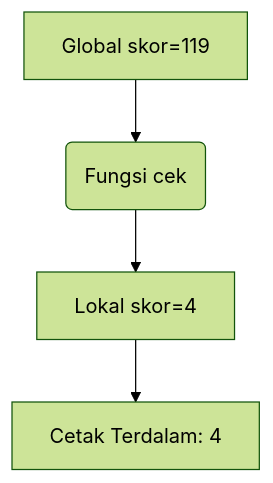
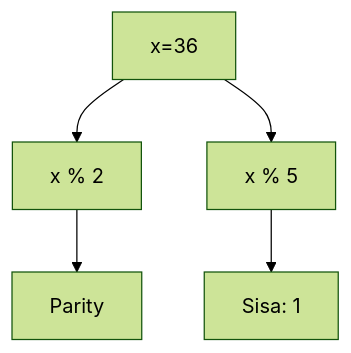
Before and after one commit to amnahwaida/OSNK_INF_PREP: the first of 25 diagrams in part-c-pemahaman-cpp/04-fungsi/latihan/set-12.md, drawn with Mermaid (forest theme). The commit also changed other lines of this file and 71 other files, not shown here.

````diff
--- a/part-c-pemahaman-cpp/04-fungsi/latihan/set-12.md
+++ b/part-c-pemahaman-cpp/04-fungsi/latihan/set-12.md
@@ -29,6 +23,7 @@
 ```mermaid
 graph TD
-    A[Global skor=119] --> B(Fungsi cek)
-    B --> C[Lokal skor=4]
-    C --> D[Cetak Terdalam: 4]
+A[x=36] --> B[x % 2]
+B --> C[Parity]
+A --> D[x % 5]
+D --> E[Sisa: 1]
 ```
````
